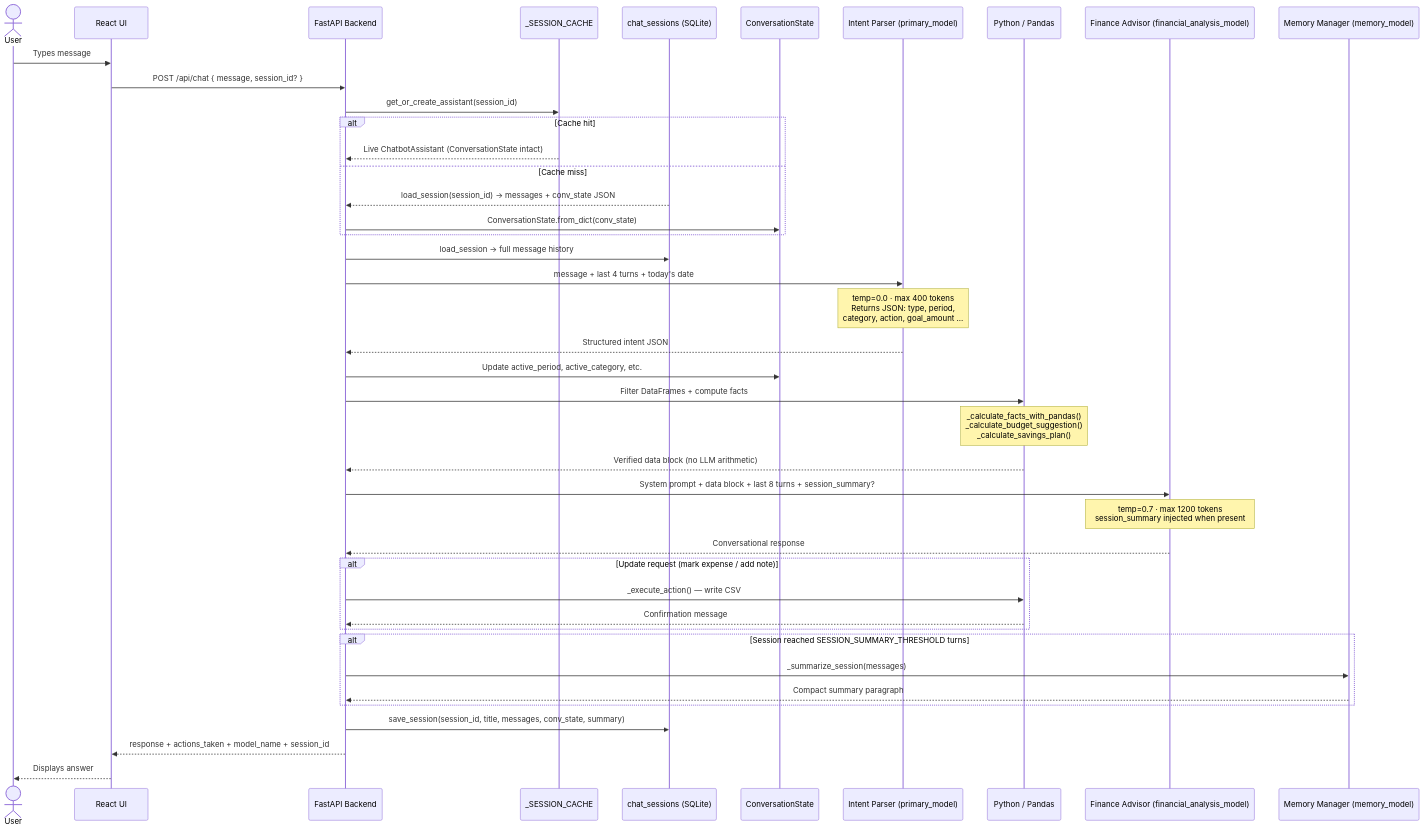
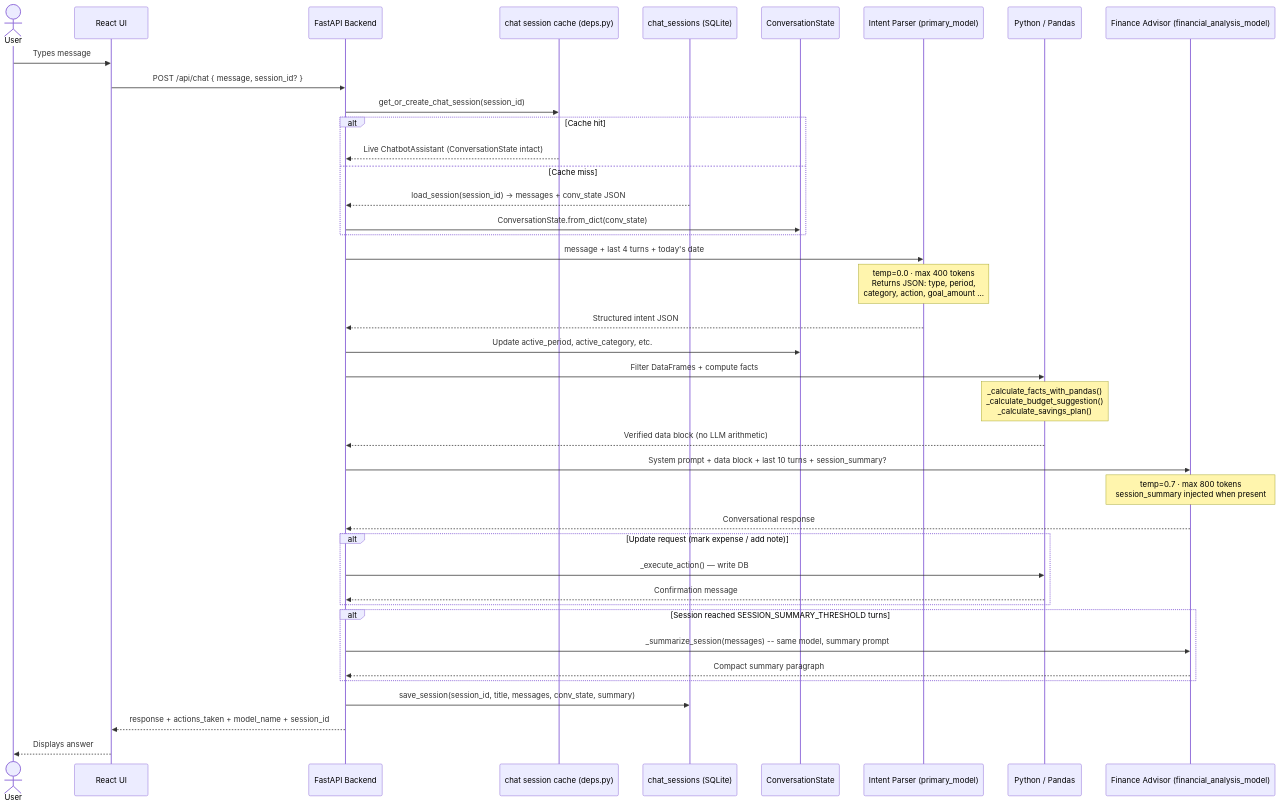
One commit to Saminator28/AutomatedBudgeting changed the diagram in docs/CHATBOT_PIPELINE.md. Above: the diagram before and after it, drawn with Mermaid. The commit also changed other lines of this file and 19 other files, not shown here.

````diff
--- a/docs/CHATBOT_PIPELINE.md
+++ b/docs/CHATBOT_PIPELINE.md
@@ -24,45 +23,43 @@
 ```mermaid
 sequenceDiagram
     actor User
     participant UI as React UI
     participant API as FastAPI Backend
-    participant Cache as _SESSION_CACHE
+    participant Cache as chat session cache (deps.py)
     participant DB as chat_sessions (SQLite)
     participant State as ConversationState
     participant Parser as Intent Parser (primary_model)
     participant Pandas as Python / Pandas
     participant Finance as Finance Advisor (financial_analysis_model)
-    participant Memory as Memory Manager (memory_model)
 
     User->>UI: Types message
     UI->>API: POST /api/chat  { message, session_id? }
-    API->>Cache: get_or_create_assistant(session_id)
+    API->>Cache: get_or_create_chat_session(session_id)
     alt Cache hit
         Cache-->>API: Live ChatbotAssistant (ConversationState intact)
     else Cache miss
         DB-->>API: load_session(session_id) → messages + conv_state JSON
         API->>State: ConversationState.from_dict(conv_state)
     end
-    API->>DB: load_session → full message history
     API->>Parser: message + last 4 turns + today's date
     Note over Parser: temp=0.0 · max 400 tokens<br/>Returns JSON: type, period,<br/>category, action, goal_amount ...
     Parser-->>API: Structured intent JSON
     API->>State: Update active_period, active_category, etc.
     API->>Pandas: Filter DataFrames + compute facts
     Note over Pandas: _calculate_facts_with_pandas()<br/>_calculate_budget_suggestion()<br/>_calculate_savings_plan()
     Pandas-->>API: Verified data block (no LLM arithmetic)
-    API->>Finance: System prompt + data block + last 8 turns + session_summary?
-    Note over Finance: temp=0.7 · max 1200 tokens<br/>session_summary injected when present
+    API->>Finance: System prompt + data block + last 10 turns + session_summary?
+    Note over Finance: temp=0.7 · max 800 tokens<br/>session_summary injected when present
     Finance-->>API: Conversational response
     alt Update request (mark expense / add note)
-        API->>Pandas: _execute_action() — write CSV
+        API->>Pandas: _execute_action() — write DB
         Pandas-->>API: Confirmation message
     end
     alt Session reached SESSION_SUMMARY_THRESHOLD turns
-        API->>Memory: _summarize_session(messages)
-        Memory-->>API: Compact summary paragraph
+        API->>Finance: _summarize_session(messages)  -- same model, summary prompt
+        Finance-->>API: Compact summary paragraph
     end
     API->>DB: save_session(session_id, title, messages, conv_state, summary)
     API-->>UI: response + actions_taken + model_name + session_id
     UI-->>User: Displays answer
 ```
````
